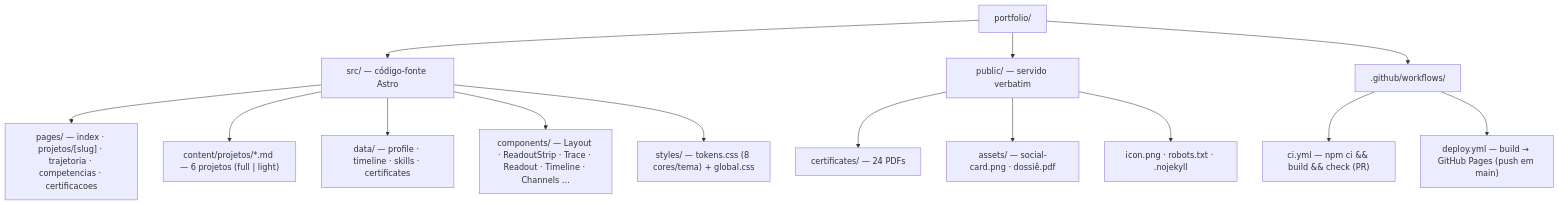
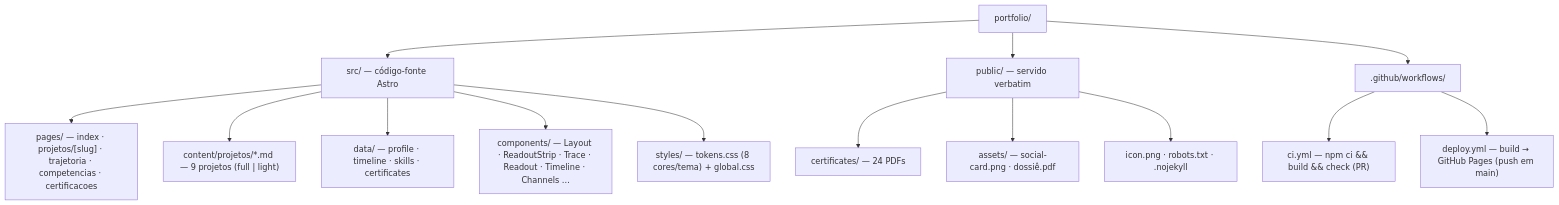
Before and after one commit to rvanguita/portfolio: the diagram in README.md, drawn with Mermaid. The commit also changed other lines of this file and 6 other files, not shown here.

````diff
--- a/README.md
+++ b/README.md
@@ -20,20 +20,20 @@
 ```mermaid
 flowchart TD
     repo["portfolio/"]
     repo --> src["src/ — código-fonte Astro"]
     repo --> pub["public/ — servido verbatim"]
     repo --> gh[".github/workflows/"]
 
     src --> pages["pages/ — index · projetos/[slug] · trajetoria · competencias · certificacoes"]
-    src --> content["content/projetos/*.md — 6 projetos (full | light)"]
+    src --> content["content/projetos/*.md — 9 projetos (full | light)"]
     src --> data["data/ — profile · timeline · skills · certificates"]
     src --> comps["components/ — Layout · ReadoutStrip · Trace · Readout · Timeline · Channels …"]
     src --> styles["styles/ — tokens.css (8 cores/tema) + global.css"]
 
     pub --> certs["certificates/ — 24 PDFs"]
     pub --> assets["assets/ — social-card.png · dossiê.pdf"]
     pub --> statics["icon.png · robots.txt · .nojekyll"]
 
     gh --> ci["ci.yml — npm ci && build && check (PR)"]
     gh --> deploy["deploy.yml — build → GitHub Pages (push em main)"]
 ```
````
